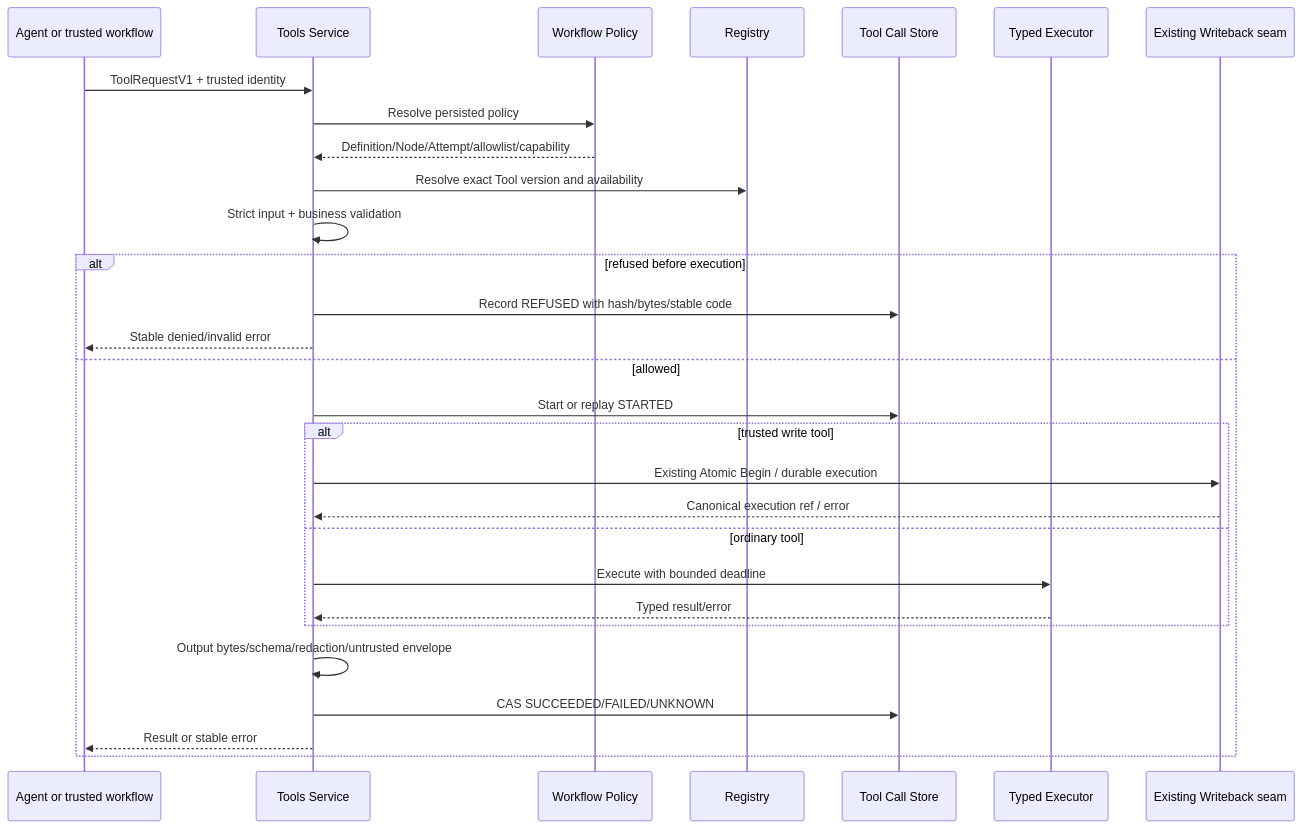
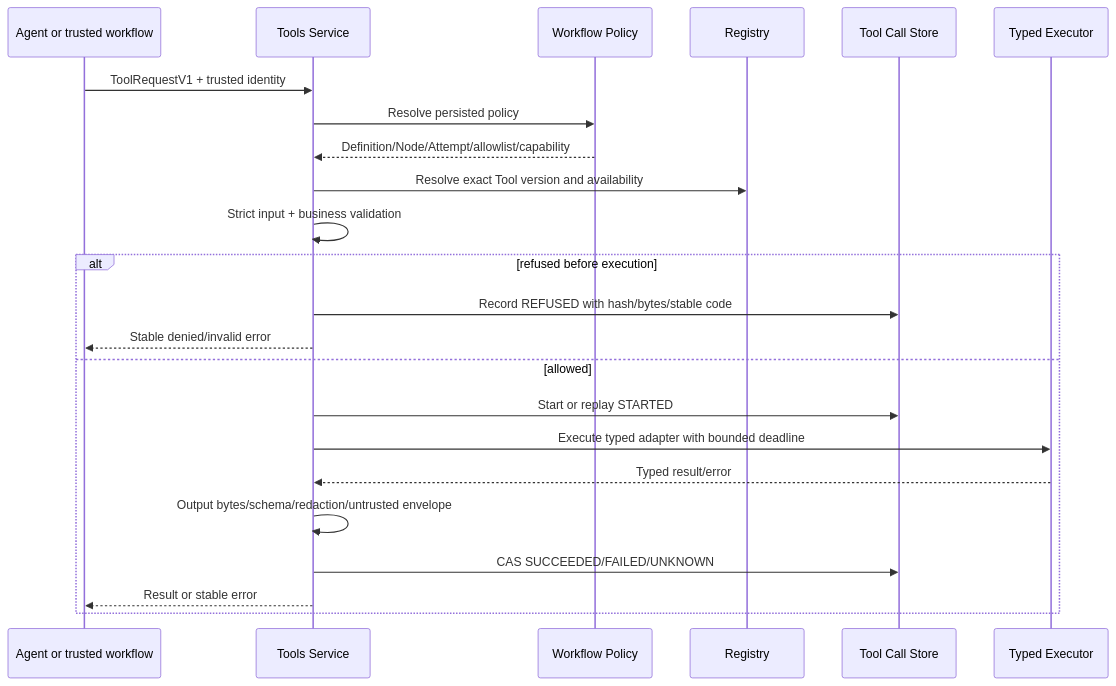
One commit to CodeZen-Lizhi/zhixu changed the third of 4 diagrams in .trellis/tasks/07-19-tool-registry-security/design.md. Above: the diagram before and after it, drawn with Mermaid. The commit also changed other lines of this file and 142 other files, not shown here.

````diff
--- a/.trellis/tasks/07-19-tool-registry-security/design.md
+++ b/.trellis/tasks/07-19-tool-registry-security/design.md
@@ -159,32 +168,26 @@
 ```mermaid
 sequenceDiagram
     participant A as Agent or trusted workflow
     participant S as Tools Service
     participant P as Workflow Policy
     participant R as Registry
     participant C as Tool Call Store
     participant E as Typed Executor
-    participant W as Existing Writeback seam
 
     A->>S: ToolRequestV1 + trusted identity
     S->>P: Resolve persisted policy
     P-->>S: Definition/Node/Attempt/allowlist/capability
     S->>R: Resolve exact Tool version and availability
     S->>S: Strict input + business validation
     alt refused before execution
         S->>C: Record REFUSED with hash/bytes/stable code
         S-->>A: Stable denied/invalid error
     else allowed
         S->>C: Start or replay STARTED
-        alt trusted write tool
-            S->>W: Existing Atomic Begin / durable execution
-            W-->>S: Canonical execution ref / error
-        else ordinary tool
-            S->>E: Execute with bounded deadline
-            E-->>S: Typed result/error
-        end
+		S->>E: Execute typed adapter with bounded deadline
+		E-->>S: Typed result/error
         S->>S: Output bytes/schema/redaction/untrusted envelope
         S->>C: CAS SUCCEEDED/FAILED/UNKNOWN
         S-->>A: Result or stable error
     end
 ```
````
